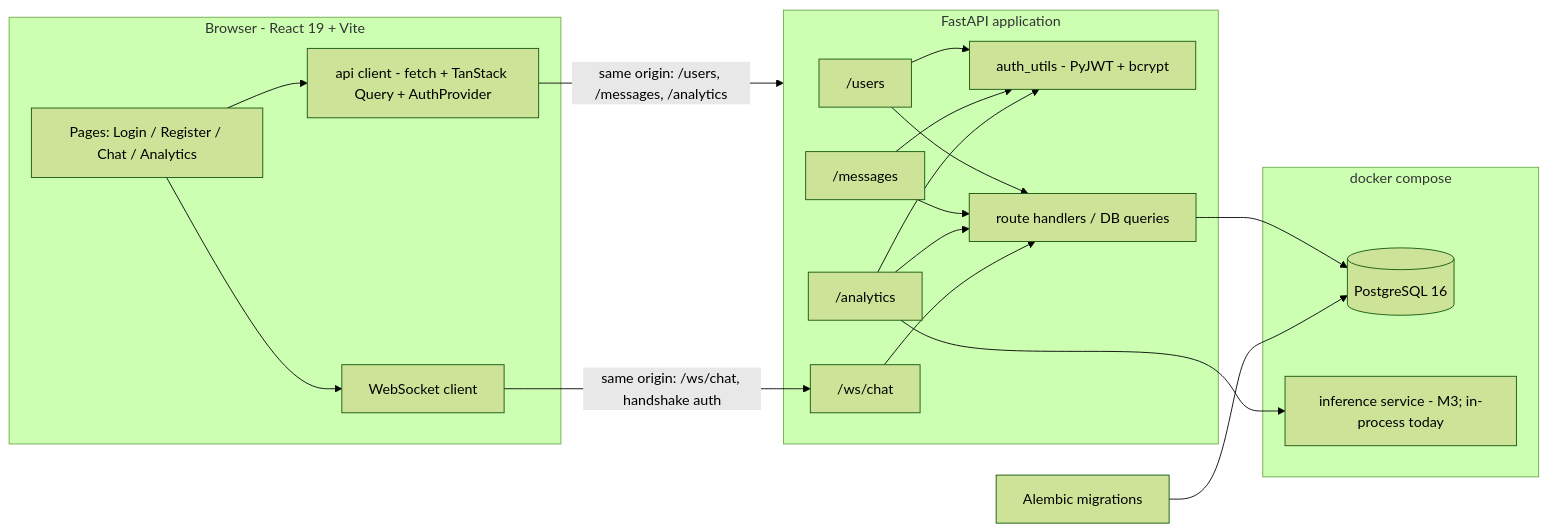
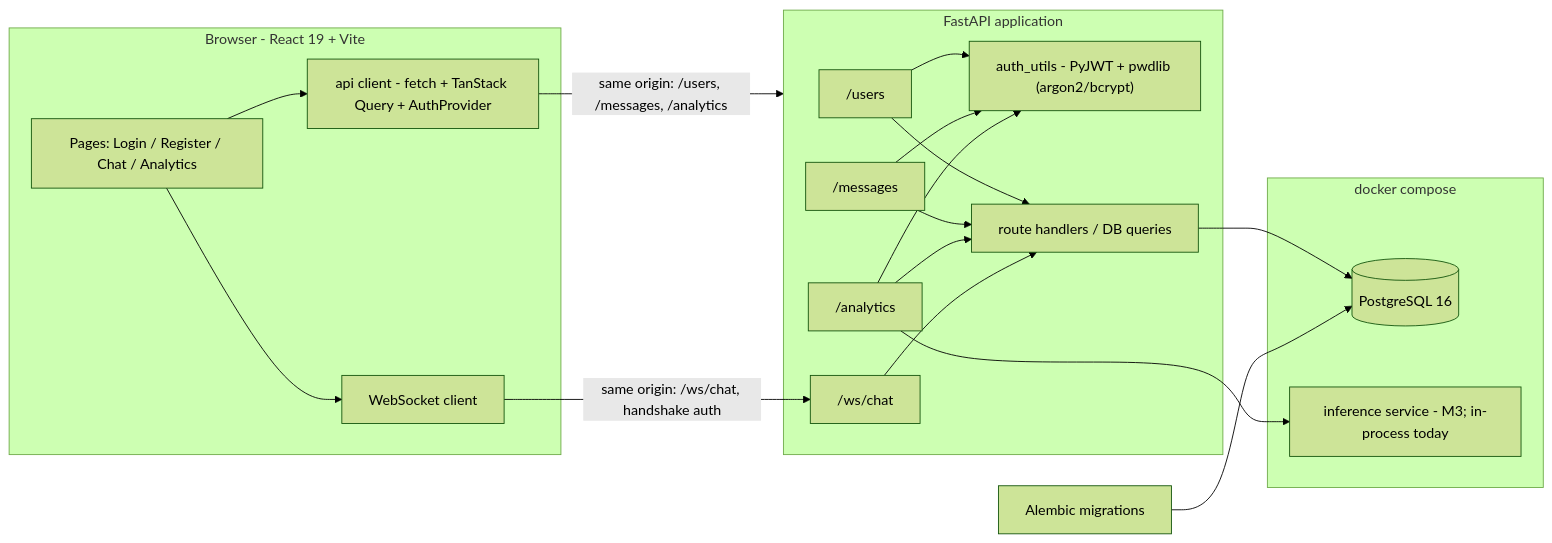
One commit to zoyaumar/Chat-Analyzer-AI changed the diagram in README.md. Above: the diagram before and after it, drawn with Mermaid (forest theme). The commit also changed other lines of this file and 17 other files, not shown here.

````diff
--- a/README.md
+++ b/README.md
@@ -102,39 +103,39 @@
 ```mermaid
 flowchart LR
     subgraph Browser["Browser - React 19 + Vite"]
         UI["Pages: Login / Register / Chat / Analytics"]
         CL["api client - fetch + TanStack Query + AuthProvider"]
         WSC["WebSocket client"]
     end
 
     subgraph API["FastAPI application"]
         R_USERS["/users"]
         R_MSG["/messages"]
         R_ANA["/analytics"]
         R_WS["/ws/chat"]
-        AUTH["auth_utils - PyJWT + bcrypt"]
+        AUTH["auth_utils - PyJWT + pwdlib (argon2/bcrypt)"]
         ROUTES["route handlers / DB queries"]
     end
 
     subgraph Compose["docker compose"]
         DB[("PostgreSQL 16")]
         INF["inference service - M3; in-process today"]
     end
 
     ALEMBIC["Alembic migrations"]
 
     UI --> CL
     UI --> WSC
     CL -- "same origin: /users, /messages, /analytics" --> API
     WSC -- "same origin: /ws/chat, handshake auth" --> R_WS
     R_USERS --> AUTH
     R_MSG --> AUTH
     R_ANA --> AUTH
     R_USERS --> ROUTES
     R_MSG --> ROUTES
     R_ANA --> ROUTES
     ROUTES --> DB
     R_WS --> ROUTES
     R_ANA --> INF
     ALEMBIC --> DB
 ```
````
